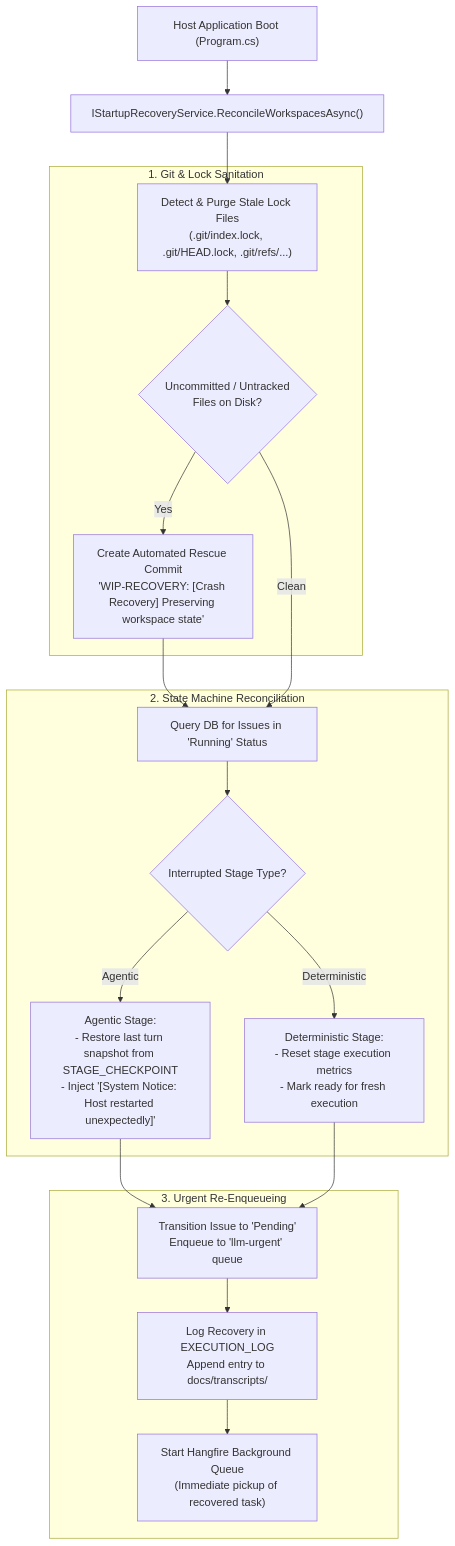
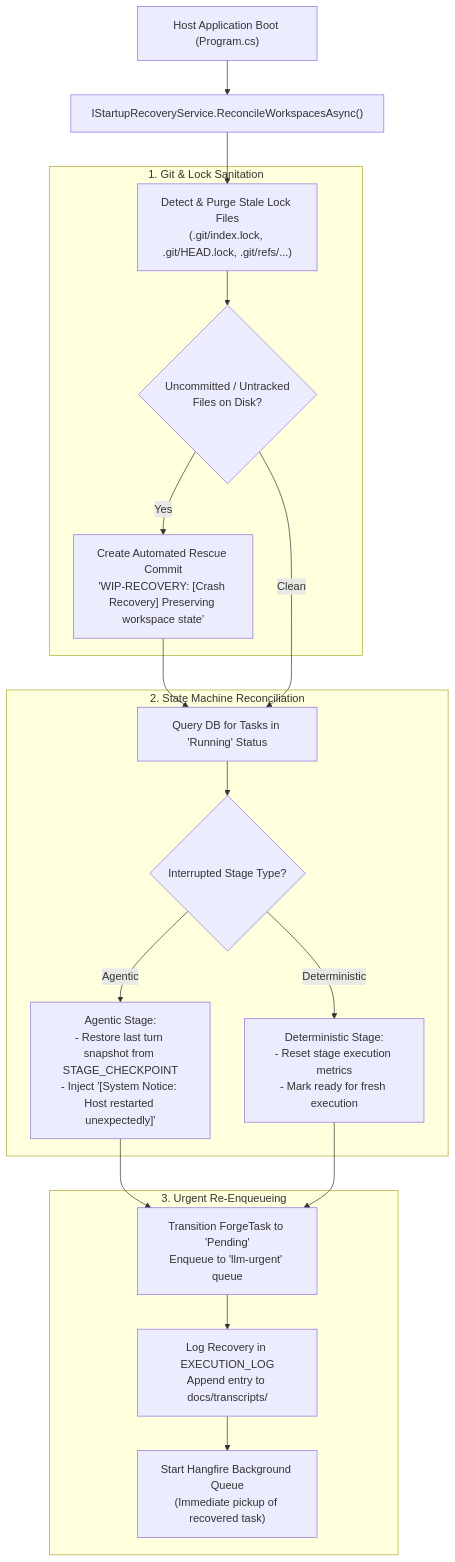
Before and after one commit to jetelain/NightCodeForge: diagram 22 of 22 in docs/ARCHITECTURE.md, drawn with Mermaid. The commit also changed other lines of this file and 151 other files, not shown here.

Commit message:
Issue -> Task

````diff
--- a/docs/ARCHITECTURE.md
+++ b/docs/ARCHITECTURE.md
@@ -1639,32 +1639,32 @@
 ```mermaid
 flowchart TD
     Boot["Host Application Boot (Program.cs)"] --> RunRecovery["IStartupRecoveryService.ReconcileWorkspacesAsync()"]
     
     subgraph Sanitation ["1. Git & Lock Sanitation"]
         CleanLocks["Detect & Purge Stale Lock Files\n(.git/index.lock, .git/HEAD.lock, .git/refs/...)"]
         CheckDirty{"Uncommitted / Untracked\nFiles on Disk?"}
         RescueCommit["Create Automated Rescue Commit\n'WIP-RECOVERY: [Crash Recovery] Preserving workspace state'"]
     end
 
     subgraph StateReconciliation ["2. State Machine Reconciliation"]
-        FindRunning["Query DB for Issues in 'Running' Status"]
+        FindRunning["Query DB for Tasks in 'Running' Status"]
         CheckStage{"Interrupted Stage Type?"}
         AgenticStage["Agentic Stage:\n- Restore last turn snapshot from STAGE_CHECKPOINT\n- Inject '[System Notice: Host restarted unexpectedly]'"]
         DeterministicStage["Deterministic Stage:\n- Reset stage execution metrics\n- Mark ready for fresh execution"]
     end
 
     subgraph Resumption ["3. Urgent Re-Enqueueing"]
-        EnqueueUrgent["Transition Issue to 'Pending'\nEnqueue to 'llm-urgent' queue"]
+        EnqueueUrgent["Transition ForgeTask to 'Pending'\nEnqueue to 'llm-urgent' queue"]
         AuditLog["Log Recovery in EXECUTION_LOG\nAppend entry to docs/transcripts/"]
         StartWorker["Start Hangfire Background Queue\n(Immediate pickup of recovered task)"]
     end
 
     RunRecovery --> CleanLocks
     CleanLocks --> CheckDirty
     CheckDirty -->|Yes| RescueCommit --> FindRunning
     CheckDirty -->|Clean| FindRunning
     FindRunning --> CheckStage
     CheckStage -->|Agentic| AgenticStage --> EnqueueUrgent
     CheckStage -->|Deterministic| DeterministicStage --> EnqueueUrgent
     EnqueueUrgent --> AuditLog --> StartWorker
 ```
````
